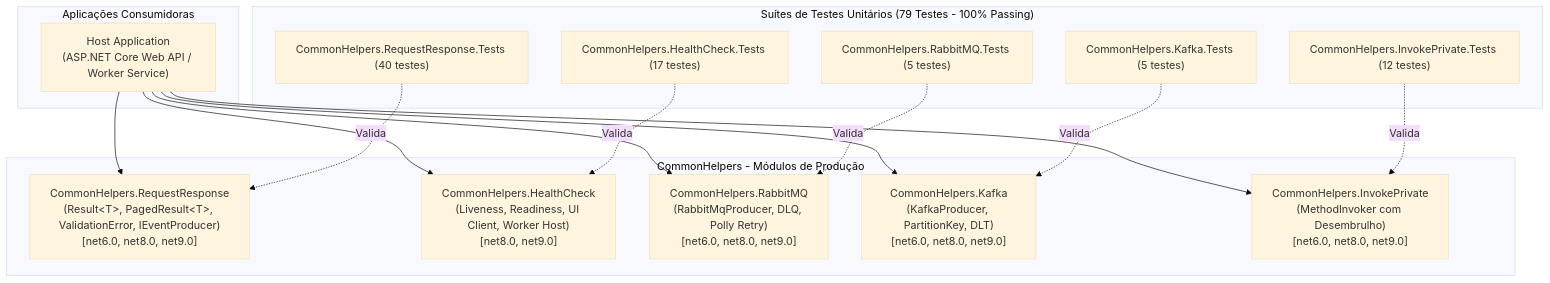
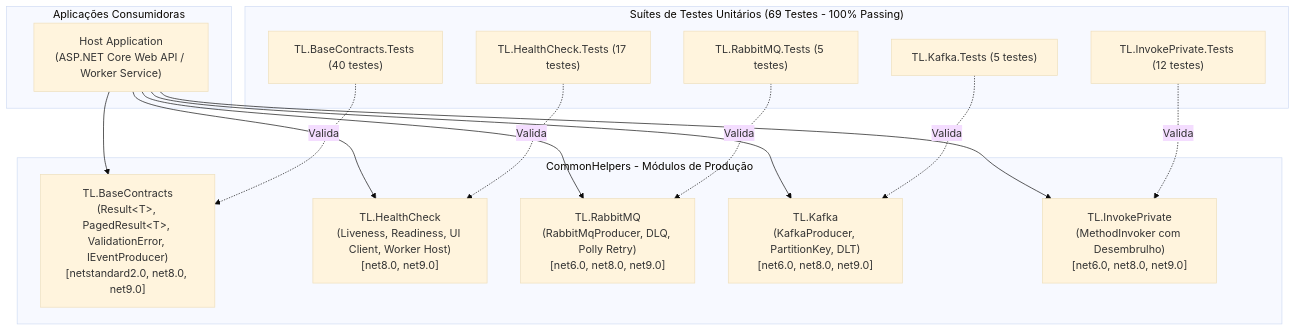
Before and after one commit to thaylonlopes/BuildingBlocks: the second of 2 diagrams in docs/arquitetura/visao-geral.md, drawn with Mermaid (base theme). The commit also changed other lines of this file and 36 other files, not shown here.

Commit message:
feat(contracts): rebranding para TL.BaseContracts

````diff
--- a/docs/arquitetura/visao-geral.md
+++ b/docs/arquitetura/visao-geral.md
@@ -37,34 +37,34 @@
 ```mermaid
 graph TD
     subgraph "Aplicações Consumidoras"
         AppHost["Host Application<br/>(ASP.NET Core Web API / Worker Service)"]
     end
 
     subgraph "CommonHelpers - Módulos de Produção"
-        RR["CommonHelpers.RequestResponse<br/>(Result&lt;T&gt;, PagedResult&lt;T&gt;, ValidationError, IEventProducer)<br/>[net6.0, net8.0, net9.0]"]
-        HC["CommonHelpers.HealthCheck<br/>(Liveness, Readiness, UI Client, Worker Host)<br/>[net8.0, net9.0]"]
-        RMQ["CommonHelpers.RabbitMQ<br/>(RabbitMqProducer, DLQ, Polly Retry)<br/>[net6.0, net8.0, net9.0]"]
-        KFK["CommonHelpers.Kafka<br/>(KafkaProducer, PartitionKey, DLT)<br/>[net6.0, net8.0, net9.0]"]
-        IP["CommonHelpers.InvokePrivate<br/>(MethodInvoker com Desembrulho)<br/>[net6.0, net8.0, net9.0]"]
+        RR["TL.BaseContracts<br/>(Result&lt;T&gt;, PagedResult&lt;T&gt;, ValidationError, IEventProducer)<br/>[netstandard2.0, net8.0, net9.0]"]
+        HC["TL.HealthCheck<br/>(Liveness, Readiness, UI Client, Worker Host)<br/>[net8.0, net9.0]"]
+        RMQ["TL.RabbitMQ<br/>(RabbitMqProducer, DLQ, Polly Retry)<br/>[net6.0, net8.0, net9.0]"]
+        KFK["TL.Kafka<br/>(KafkaProducer, PartitionKey, DLT)<br/>[net6.0, net8.0, net9.0]"]
+        IP["TL.InvokePrivate<br/>(MethodInvoker com Desembrulho)<br/>[net6.0, net8.0, net9.0]"]
     end
 
-    subgraph "Suítes de Testes Unitários (79 Testes - 100% Passing)"
-        RRTests["CommonHelpers.RequestResponse.Tests (40 testes)"]
-        HCTests["CommonHelpers.HealthCheck.Tests (17 testes)"]
-        RMQTests["CommonHelpers.RabbitMQ.Tests (5 testes)"]
-        KFKTests["CommonHelpers.Kafka.Tests (5 testes)"]
-        IPTests["CommonHelpers.InvokePrivate.Tests (12 testes)"]
+    subgraph "Suítes de Testes Unitários (69 Testes - 100% Passing)"
+        RRTests["TL.BaseContracts.Tests (40 testes)"]
+        HCTests["TL.HealthCheck.Tests (17 testes)"]
+        RMQTests["TL.RabbitMQ.Tests (5 testes)"]
+        KFKTests["TL.Kafka.Tests (5 testes)"]
+        IPTests["TL.InvokePrivate.Tests (12 testes)"]
     end
 
     AppHost --> RR
     AppHost --> HC
     AppHost --> RMQ
     AppHost --> KFK
     AppHost --> IP
 
     RRTests -.->|"Valida"| RR
     HCTests -.->|"Valida"| HC
     RMQTests -.->|"Valida"| RMQ
     KFKTests -.->|"Valida"| KFK
     IPTests -.->|"Valida"| IP
 ```
````
